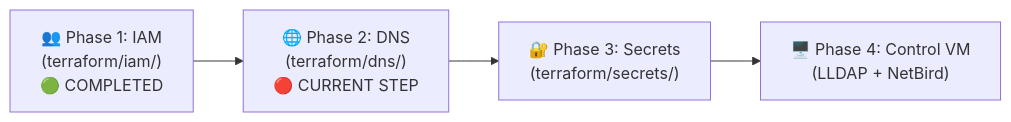
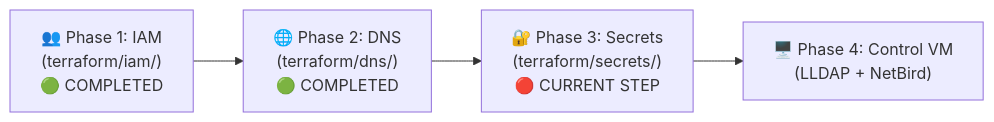
The diagram in mgmt/checklist.md (AIT-brainlab/brainlab-base), drawn with Mermaid before and after one commit. The commit also changed other lines of this file and 4 other files, not shown here.

Commit message:
Refactor DNS module: Update checklist with completed phases, enhance README for clarity, add automated delegation health check script, and improve live records importer

````diff
--- a/mgmt/checklist.md
+++ b/mgmt/checklist.md
@@ -19,4 +19,4 @@
 ```mermaid
 flowchart LR
-    Step1["👥 Phase 1: IAM<br/>(terraform/iam/)<br/>🟢 COMPLETED"] --> Step2["🌐 Phase 2: DNS<br/>(terraform/dns/)<br/>🔴 CURRENT STEP"] --> Step3["🔐 Phase 3: Secrets<br/>(terraform/secrets/)"] --> Step4["🖥️ Phase 4: Control VM<br/>(LLDAP + NetBird)"]
+    Step1["👥 Phase 1: IAM<br/>(terraform/iam/)<br/>🟢 COMPLETED"] --> Step2["🌐 Phase 2: DNS<br/>(terraform/dns/)<br/>🟢 COMPLETED"] --> Step3["🔐 Phase 3: Secrets<br/>(terraform/secrets/)<br/>🔴 CURRENT STEP"] --> Step4["🖥️ Phase 4: Control VM<br/>(LLDAP + NetBird)"]
 ```
````
